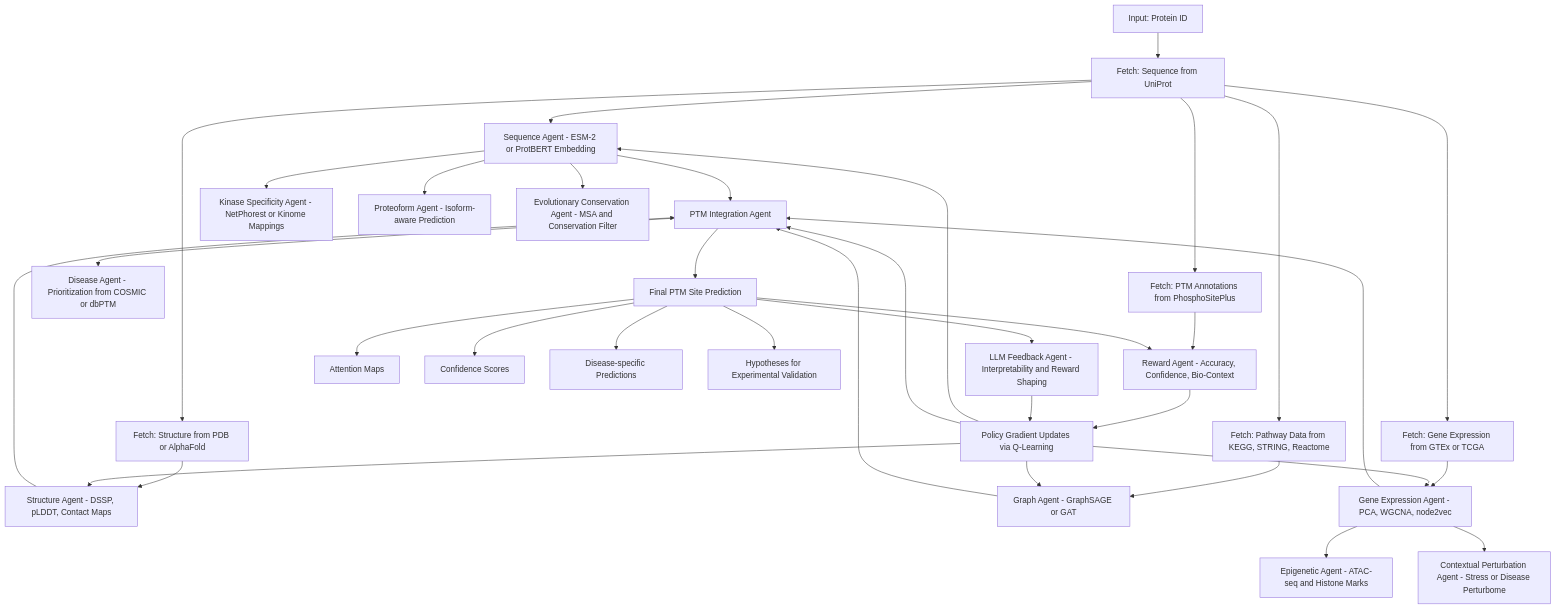
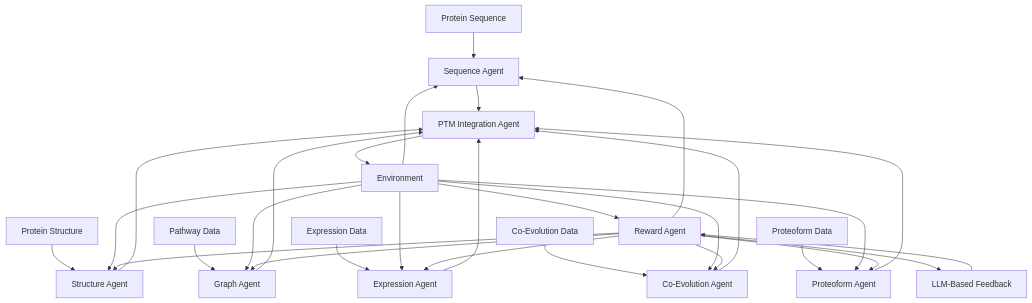
The diagram in workflow-2.0.md (CaseOLAP/MARL-PTM), drawn with Mermaid before and after one commit.

````diff
--- a/workflow-2.0.md
+++ b/workflow-2.0.md
@@ -1,45 +1,41 @@
 ```mermaid
 graph TD
-    %% ENTRY POINT
-    A1[Input: Protein ID] --> A2[Fetch: Sequence from UniProt]
-    A2 --> A3[Sequence Agent - ESM-2 or ProtBERT Embedding]
-    A2 --> B1[Fetch: Structure from PDB or AlphaFold]
-    B1 --> B2[Structure Agent - DSSP, pLDDT, Contact Maps]
-    A2 --> C1[Fetch: Pathway Data from KEGG, STRING, Reactome]
-    C1 --> C2[Graph Agent - GraphSAGE or GAT]
-    A2 --> D1[Fetch: Gene Expression from GTEx or TCGA]
-    D1 --> D2[Gene Expression Agent - PCA, WGCNA, node2vec]
-    A2 --> E1[Fetch: PTM Annotations from PhosphoSitePlus]
-    E1 --> E2[Reward Agent - Accuracy, Confidence, Bio-Context]
 
-    A3 --> F1[PTM Integration Agent]
-    B2 --> F1
-    C2 --> F1
-    D2 --> F1
+%% Data Inputs
+A1[Protein Sequence] --> B1[Sequence Agent]
+A2[Protein Structure] --> B2[Structure Agent]
+A3[Pathway Data] --> B3[Graph Agent]
+A4[Expression Data] --> B4[Expression Agent]
+A5[Co-Evolution Data] --> B5[Co-Evolution Agent]
+A6[Proteoform Data] --> B6[Proteoform Agent]
 
-    %% EXTENDED AGENTS
-    A3 --> G1[Kinase Specificity Agent - NetPhorest or Kinome Mappings]
-    A3 --> H1[Proteoform Agent - Isoform-aware Prediction]
-    A3 --> I1[Evolutionary Conservation Agent - MSA and Conservation Filter]
-    D2 --> J1[Epigenetic Agent - ATAC-seq and Histone Marks]
-    D2 --> K1[Contextual Perturbation Agent - Stress or Disease Perturbome]
-    F1 --> L1[Disease Agent - Prioritization from COSMIC or dbPTM]
+%% Core Agent Outputs to Integration
+B1 --> C[PTM Integration Agent]
+B2 --> C
+B3 --> C
+B4 --> C
+B5 --> C
+B6 --> C
 
-    %% FEEDBACK AND COORDINATION
-    F1 --> M1[Final PTM Site Prediction]
-    M1 --> E2
-    M1 --> N1[LLM Feedback Agent - Interpretability and Reward Shaping]
-    E2 --> O1[Policy Gradient Updates via Q-Learning]
-    N1 --> O1
-    O1 --> A3
-    O1 --> B2
-    O1 --> C2
-    O1 --> D2
-    O1 --> F1
+%% Integration with Environment
+C --> D[Environment]
+D --> B1
+D --> B2
+D --> B3
+D --> B4
+D --> B5
+D --> B6
 
-    %% OUTPUTS
-    M1 --> P1[Attention Maps]
-    M1 --> P2[Confidence Scores]
-    M1 --> P3[Disease-specific Predictions]
-    M1 --> P4[Hypotheses for Experimental Validation]
+%% Reward and Feedback Path
+D --> E[Reward Agent]
+E --> B1
+E --> B2
+E --> B3
+E --> B4
+E --> B5
+E --> B6
+
+%% Optional LLM Feedback Loop
+E --> F[LLM-Based Feedback]
+F --> E
 ```
````
